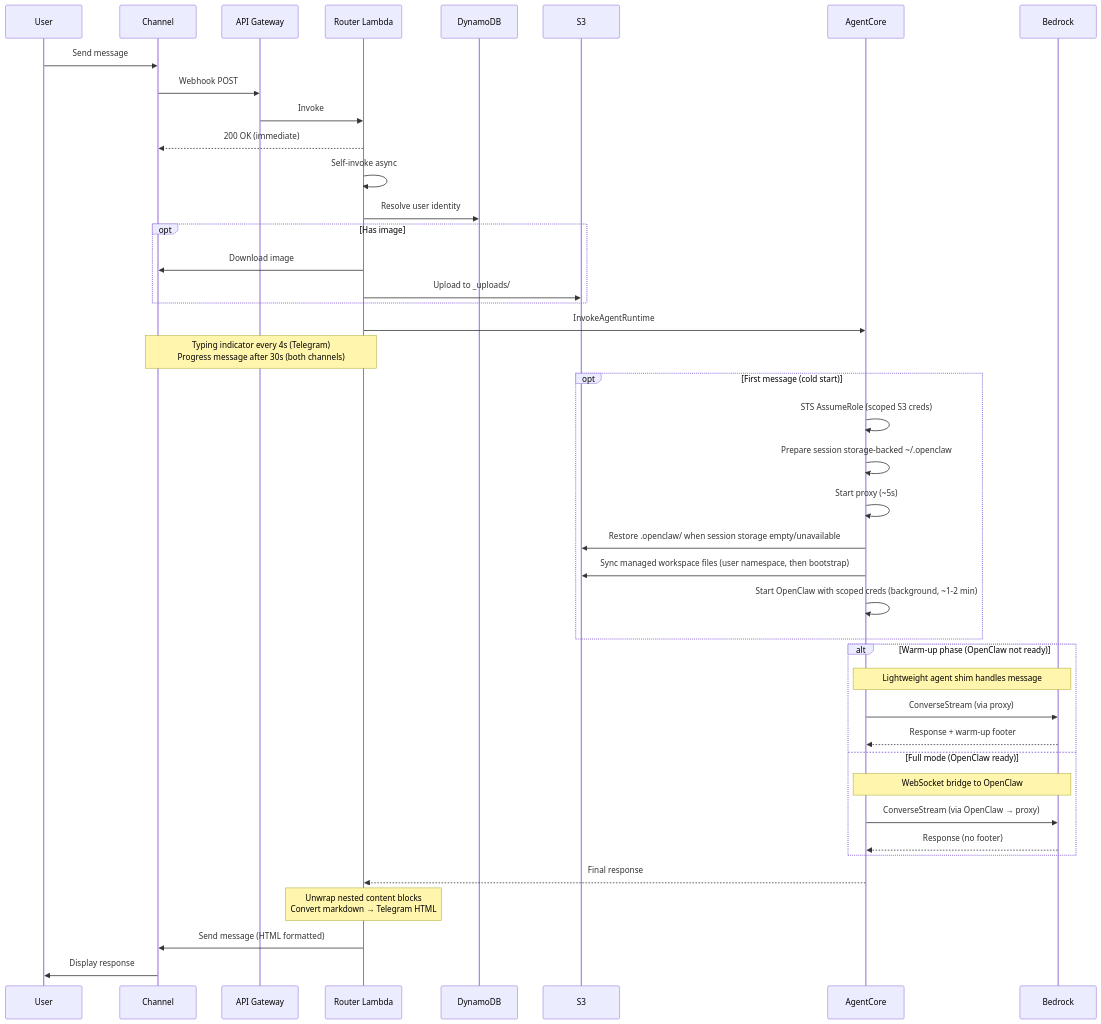
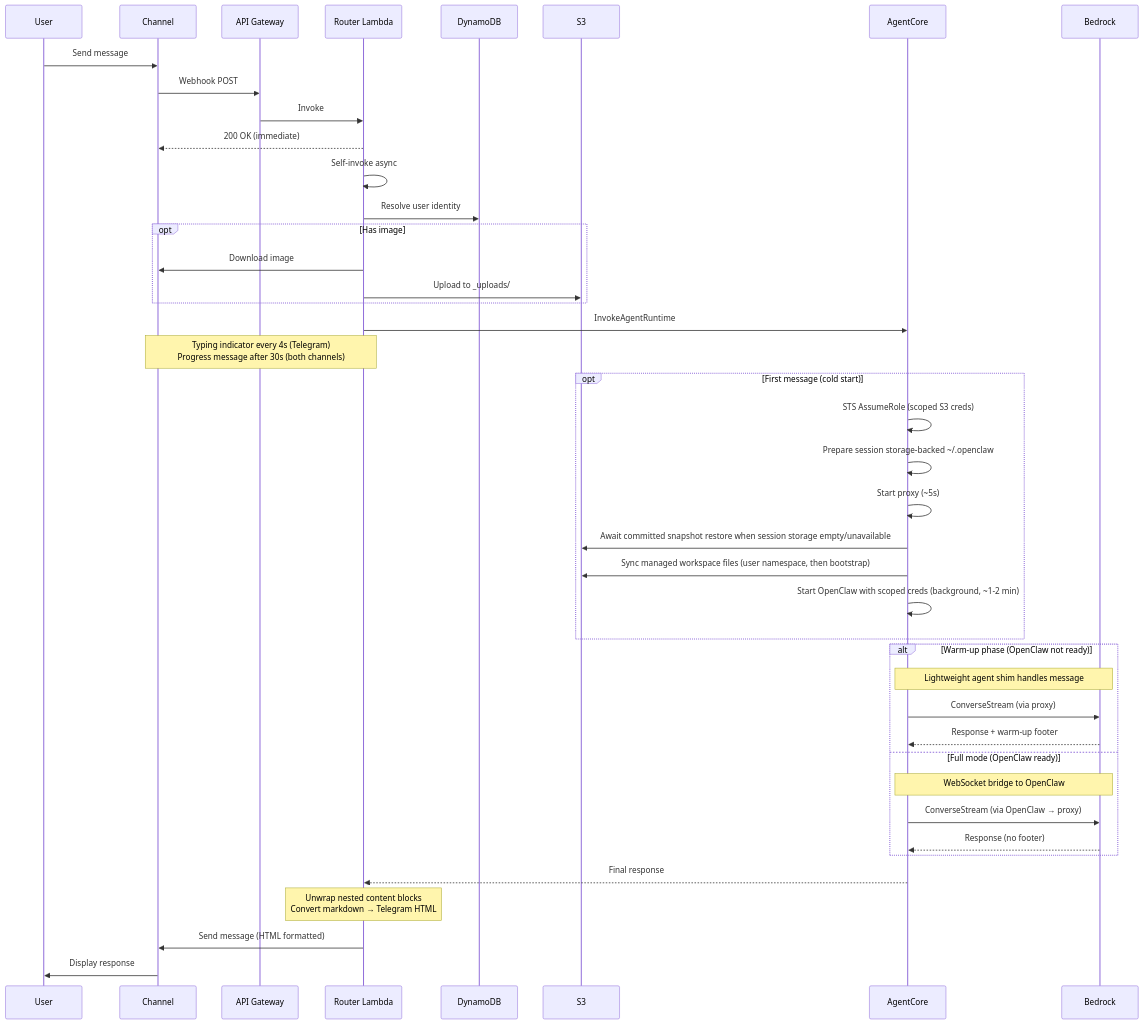
The second of 8 diagrams in docs/architecture-detailed.md (wongcyrus/sample-host-openclaw-on-amazon-bedrock-agentcore), drawn with Mermaid before and after one commit. The commit also changed other lines of this file and 22 other files, not shown here.

````diff
--- a/docs/architecture-detailed.md
+++ b/docs/architecture-detailed.md
@@ -69,50 +69,50 @@
 ```mermaid
 sequenceDiagram
     participant U as User
     participant C as Channel
     participant AG as API Gateway
     participant RL as Router Lambda
     participant DB as DynamoDB
     participant S3 as S3
     participant AC as AgentCore
     participant B as Bedrock
 
     U->>C: Send message
     C->>AG: Webhook POST
     AG->>RL: Invoke
     RL-->>C: 200 OK (immediate)
     RL->>RL: Self-invoke async
     RL->>DB: Resolve user identity
 
     opt Has image
         RL->>C: Download image
         RL->>S3: Upload to _uploads/
     end
 
     RL->>AC: InvokeAgentRuntime
     Note over RL,C: Typing indicator every 4s (Telegram)<br/>Progress message after 30s (both channels)
 
     opt First message (cold start)
         AC->>AC: STS AssumeRole (scoped S3 creds)
         AC->>AC: Prepare session storage-backed ~/.openclaw
         AC->>AC: Start proxy (~5s)
-        AC->>S3: Restore .openclaw/ when session storage empty/unavailable
+        AC->>S3: Await committed snapshot restore when session storage empty/unavailable
         AC->>S3: Sync managed workspace files (user namespace, then bootstrap)
         AC->>AC: Start OpenClaw with scoped creds (background, ~1-2 min)
     end
 
     alt Warm-up phase (OpenClaw not ready)
         Note over AC,B: Lightweight agent shim handles message
         AC->>B: ConverseStream (via proxy)
         B-->>AC: Response + warm-up footer
     else Full mode (OpenClaw ready)
         Note over AC,B: WebSocket bridge to OpenClaw
         AC->>B: ConverseStream (via OpenClaw → proxy)
         B-->>AC: Response (no footer)
     end
 
     AC-->>RL: Final response
     Note over RL: Unwrap nested content blocks<br/>Convert markdown → Telegram HTML
     RL->>C: Send message (HTML formatted)
     C->>U: Display response
 ```
````
